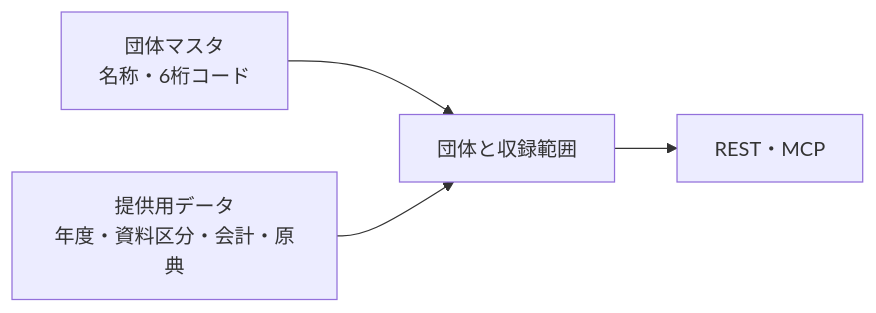
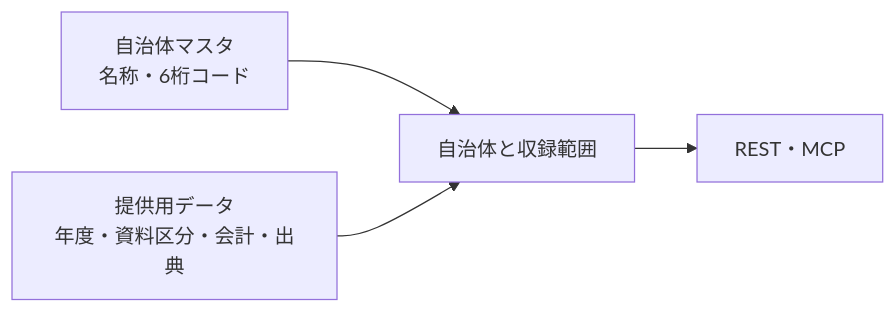
One commit to fudoki-hensansitu/fudoki changed the diagram in docs/prd/jurisdiction-coverage/prd.md. Above: the diagram before and after it, drawn with Mermaid. The commit also changed other lines of this file and 207 other files, not shown here.

````diff
--- a/docs/prd/jurisdiction-coverage/prd.md
+++ b/docs/prd/jurisdiction-coverage/prd.md
@@ -47,6 +47,6 @@
 ```mermaid
 flowchart LR
-  master[団体マスタ<br/>名称・6桁コード] --> view[団体と収録範囲]
-  marts[提供用データ<br/>年度・資料区分・会計・原典] --> view
+  master[自治体マスタ<br/>名称・6桁コード] --> view[自治体と収録範囲]
+  marts[提供用データ<br/>年度・資料区分・会計・出典] --> view
   view --> api[REST・MCP]
 ```
````
